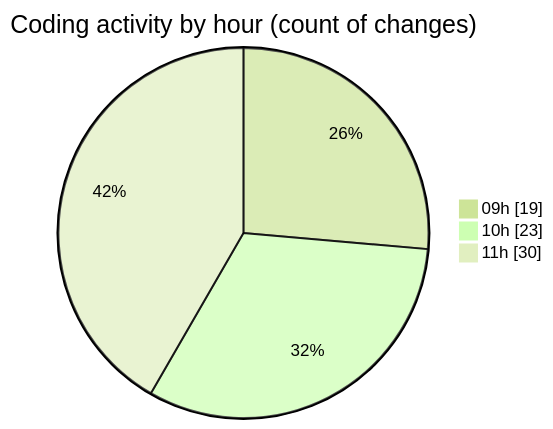
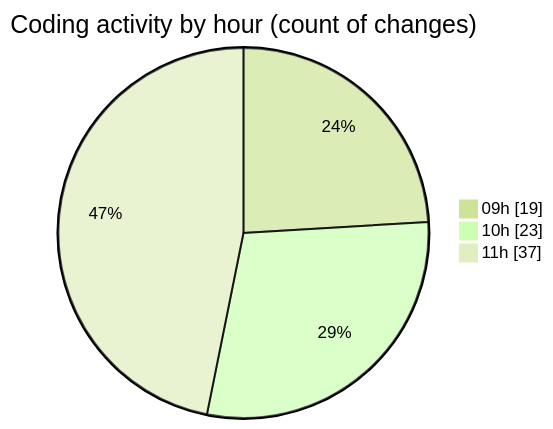
One commit to momahboobian/code-tracking changed the second of 2 diagrams in 2026-02-12/cda/README.md. Above: the diagram before and after it, drawn with Mermaid (forest theme). The commit also changed other lines of this file and 1 other file, not shown here.

````diff
--- a/2026-02-12/cda/README.md
+++ b/2026-02-12/cda/README.md
@@ -36,7 +37,7 @@
 ```mermaid
 pie showData
 title Coding activity by hour (count of changes)
 "09h" : 19
 "10h" : 23
-"11h" : 30
+"11h" : 37
 ```
````
